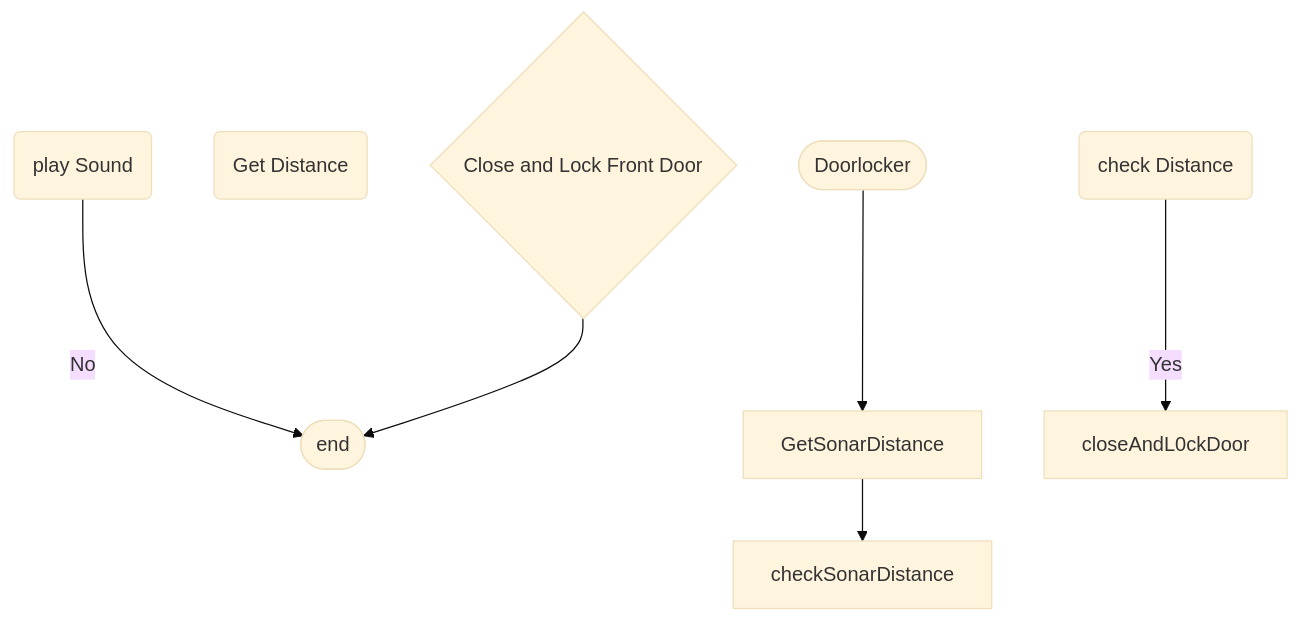
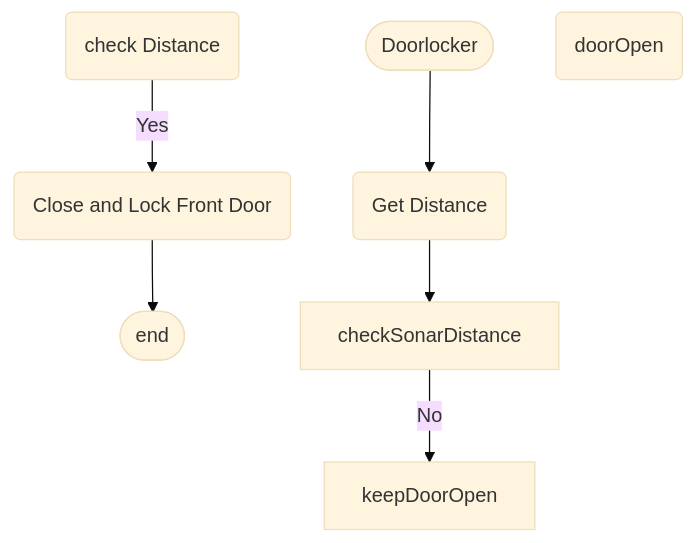
One commit to 0628222/SmartHouse- changed the second of 4 diagrams in logic.md. Above: the diagram before and after it, drawn with Mermaid (base theme). The commit also changed other lines of this file, not shown here.

Commit message:
adjusting flowcharts

````diff
--- a/logic.md
+++ b/logic.md
@@ -21,14 +21,14 @@
 ```mermaid
 flowchart TD
     Start([Doorlocker])
-    GetSonarDistane(Get Distance)
+    GetSonarDistance(Get Distance)
     CheckSonarDistance(check Distance)
-    closeAndLockDoor{Close and Lock Front Door}
-    MakeChime(play Sound)
+    closeAndLockDoor(Close and Lock Front Door)
+    KeepDoorOpen(doorOpen)
     finish([end])
 
     Start-->GetSonarDistance-->checkSonarDistance
-    CheckSonarDistance-->|Yes| closeAndL0ckDoor
-    MakeChime-->|No| finish
-    closeAndLockDoor-->finish    
+    CheckSonarDistance-->|Yes| closeAndLockDoor
+    checkSonarDistance-->|No| keepDoorOpen
+    closeAndLockDoor--> finish    
 ```
````
